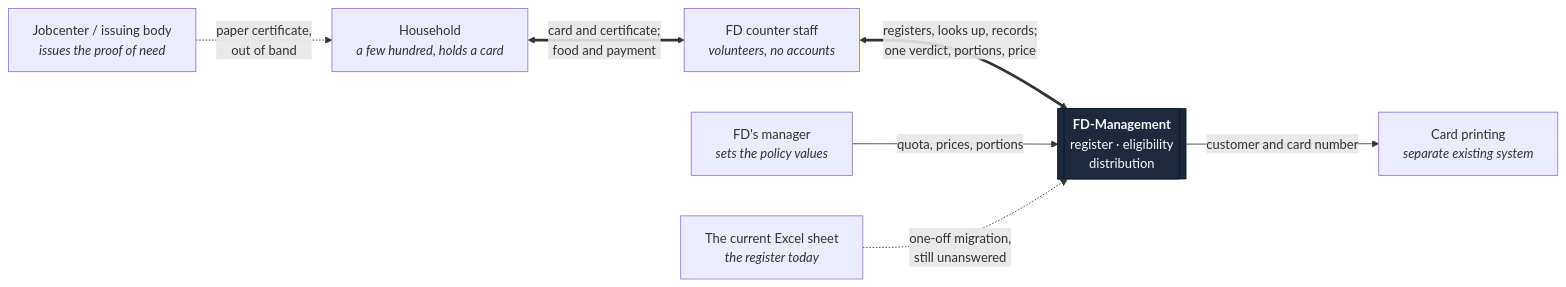
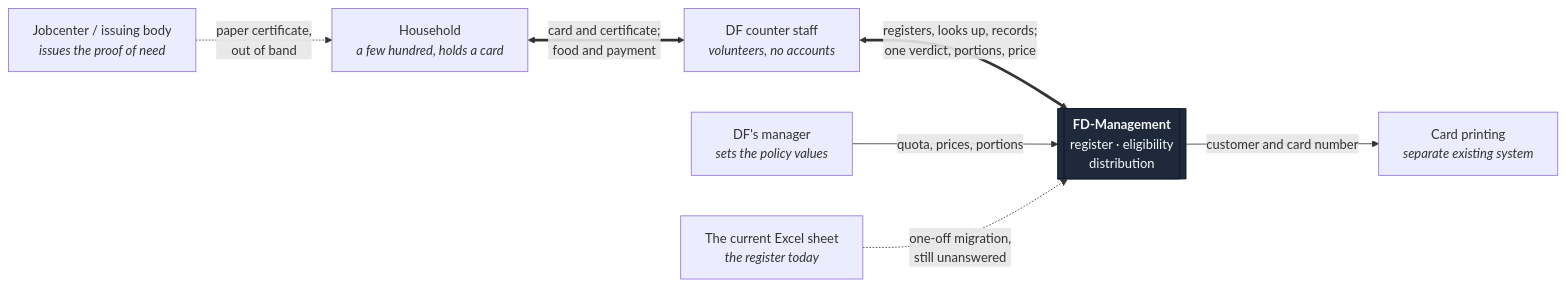
The first of 2 diagrams in docs/architecture/03-context-and-scope.md (Lin0pan/FD-management), drawn with Mermaid before and after one commit. The commit also changed other lines of this file and 127 other files, not shown here.

````diff
--- a/docs/architecture/03-context-and-scope.md
+++ b/docs/architecture/03-context-and-scope.md
@@ -12,20 +12,20 @@
 ```mermaid
 flowchart LR
     jobcenter["Jobcenter / issuing body<br/><i>issues the proof of need</i>"]
     customer["Household<br/><i>a few hundred, holds a card</i>"]
-    staff["FD counter staff<br/><i>volunteers, no accounts</i>"]
+    staff["DF counter staff<br/><i>volunteers, no accounts</i>"]
     fd[["<b>FD-Management</b><br/>register · eligibility<br/>distribution"]]
-    manager["FD's manager<br/><i>sets the policy values</i>"]
+    manager["DF's manager<br/><i>sets the policy values</i>"]
     printer["Card printing<br/><i>separate existing system</i>"]
     excel["The current Excel sheet<br/><i>the register today</i>"]
 
     jobcenter -. "paper certificate,<br/>out of band" .-> customer
     customer <== "card and certificate;<br/>food and payment" ==> staff
     staff <== "registers, looks up, records;<br/>one verdict, portions, price" ==> fd
     manager -- "quota, prices, portions" --> fd
     fd -- "customer and card number" --> printer
     excel -. "one-off migration,<br/>still unanswered" .-> fd
 
     classDef system fill:#1e293b,stroke:#0f172a,color:#f8fafc
     class fd system
 ```
````
